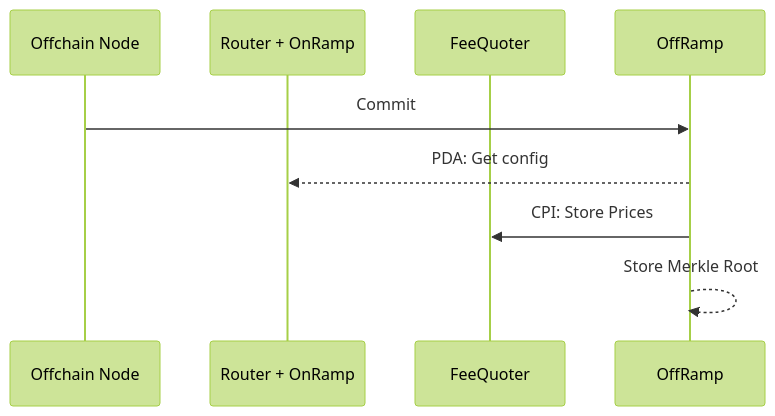
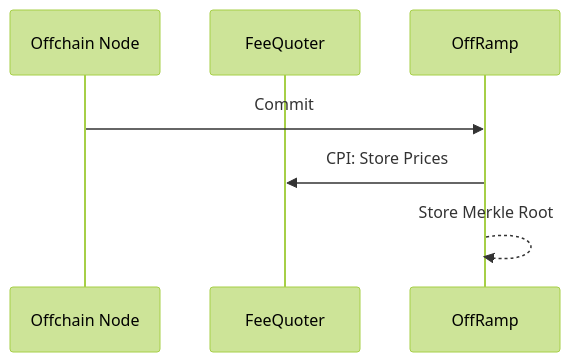
Before and after one commit to smartcontractkit/chainlink-ccip: the second of 3 diagrams in chains/solana/contracts/flows.md, drawn with Mermaid (forest theme). The commit also changed other lines of this file and 3 other files, not shown here.

````diff
--- a/chains/solana/contracts/flows.md
+++ b/chains/solana/contracts/flows.md
@@ -19,12 +19,10 @@
 ```mermaid
 sequenceDiagram
     participant N as Offchain Node
-    participant R as Router + OnRamp
     participant F as FeeQuoter
     participant O as OffRamp
 
     N->>O: Commit
-    O-->>R: PDA: Get config
     O->>F: CPI: Store Prices
     O-->>O: Store Merkle Root
 ```
````
